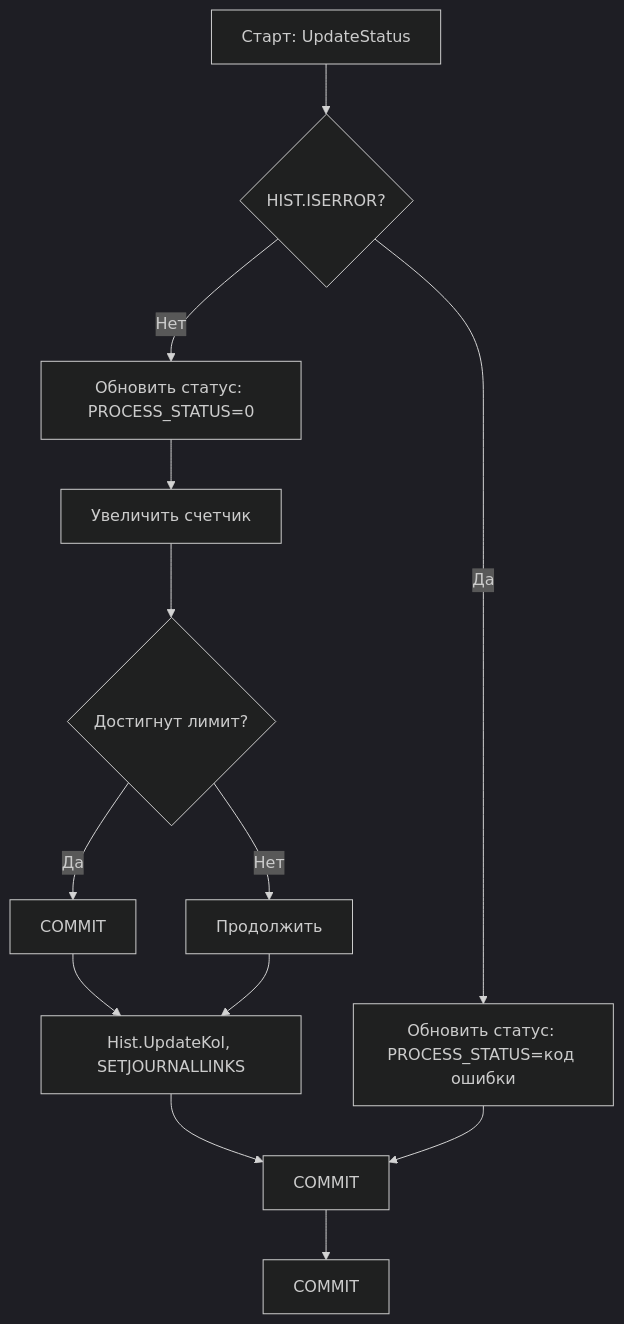
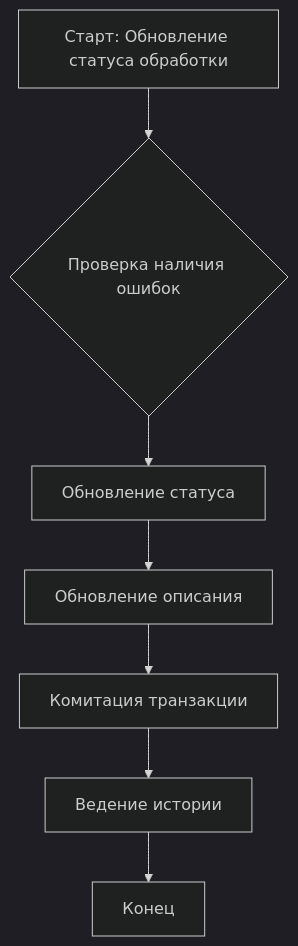
Before and after one commit to fivec/topsoft.JAM: diagram 16 of 20 in README.md, drawn with Mermaid (dark theme). The commit also changed other lines of this file, not shown here.

````diff
--- a/README.md
+++ b/README.md
@@ -436,14 +491,9 @@
 ```mermaid
 flowchart TD
-A[Старт: UpdateStatus] --> B{HIST.ISERROR?}
-B -- Нет --> C[Обновить статус: PROCESS_STATUS=0]
-C --> D[Увеличить счетчик]
-D --> E{Достигнут лимит?}
-E -- Да --> F[COMMIT]
-E -- Нет --> G[Продолжить]
-F & G --> H[Hist.UpdateKol, SETJOURNALLINKS]
-H --> I[COMMIT]
-B -- Да --> J[Обновить статус: PROCESS_STATUS=код ошибки]
-J --> I
-I --> K[COMMIT]
+    A[Старт: Обновление статуса обработки] --> B{Проверка наличия ошибок}
+    B --> C[Обновление статуса]
+    C --> D[Обновление описания]
+    D --> E[Комитация транзакции]
+    E --> F[Ведение истории]
+    F --> G[Конец]
 ```
````
